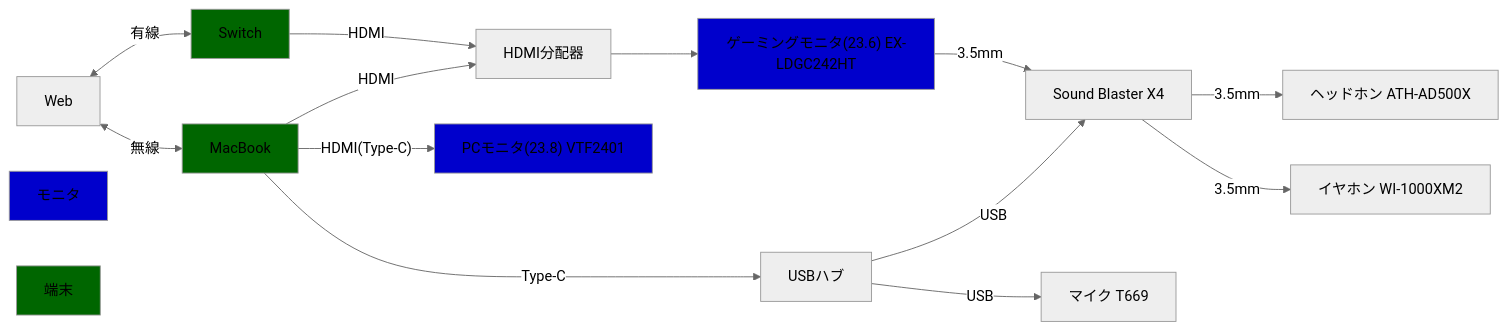
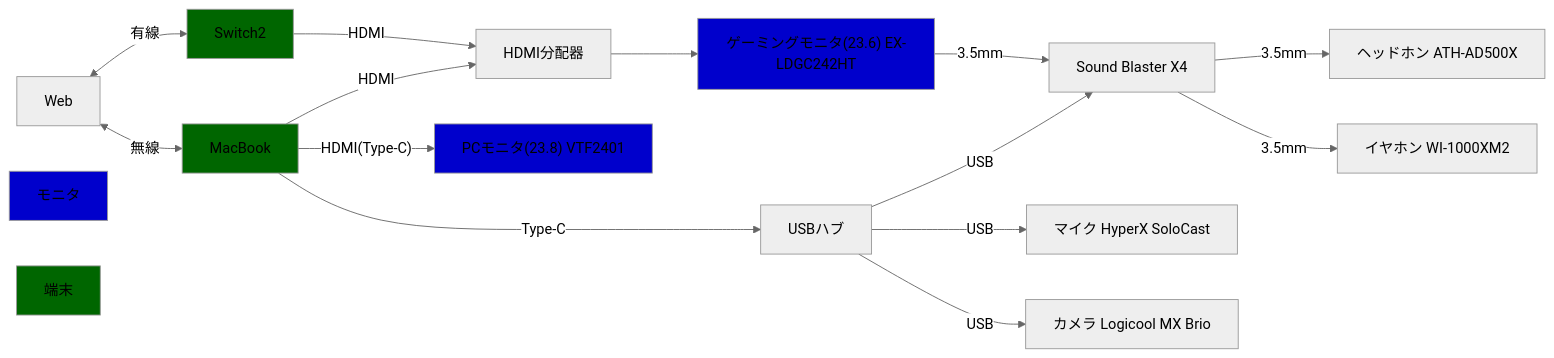
One commit to kotaoue/gamemo changed the diagram in environment/desktop.md. Above: the diagram before and after it, drawn with Mermaid (neutral theme). The commit also changed other lines of this file and 1 other file, not shown here.

Commit message:
docs: PC周りの設定を最新化

````diff
--- a/environment/desktop.md
+++ b/environment/desktop.md
@@ -5,25 +5,26 @@
 ```mermaid
 flowchart LR
     Web <-->|無線| MacBook
     MacBook -->|Type-C| USBハブ
     USBハブ -->|USB| DAC["Sound Blaster X4"]
-    USBハブ -->|USB| マイク["マイク T669"]
+    USBハブ -->|USB| マイク["マイク HyperX SoloCast"]
+    USBハブ -->|USB| カメラ["カメラ Logicool MX Brio"]
     MacBook -->|HDMI| HDMI分配器
     HDMI分配器 -->ゲーミングモニタ["ゲーミングモニタ(23.6) EX-LDGC242HT"]
     MacBook -->|"HDMI(Type-C)"| PCモニタ["PCモニタ(23.8) VTF2401"]
 
     ゲーミングモニタ -->|3.5mm| DAC
     DAC -->|3.5mm| ヘッドホン["ヘッドホン ATH-AD500X"]
     DAC -->|3.5mm| イヤフォン["イヤホン WI-1000XM2"]
     
-    Web <-->|有線| Switch
-    Switch -->|HDMI| HDMI分配器
+    Web <-->|有線| Switch2
+    Switch2 -->|HDMI| HDMI分配器
 
     style モニタ fill:#00c
     style ゲーミングモニタ fill:#00c
     style PCモニタ fill:#00c
 
     style 端末 fill:#060
     style MacBook fill:#060
-    style Switch fill:#060
+    style Switch2 fill:#060
 ```
````
